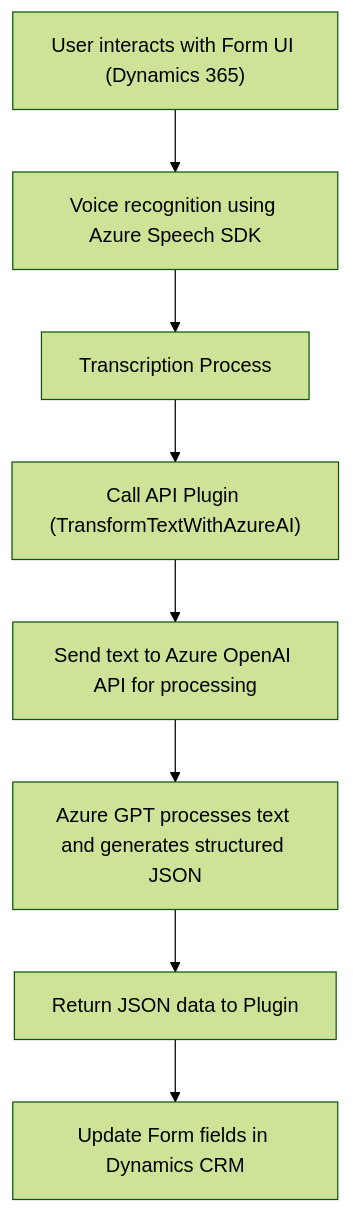
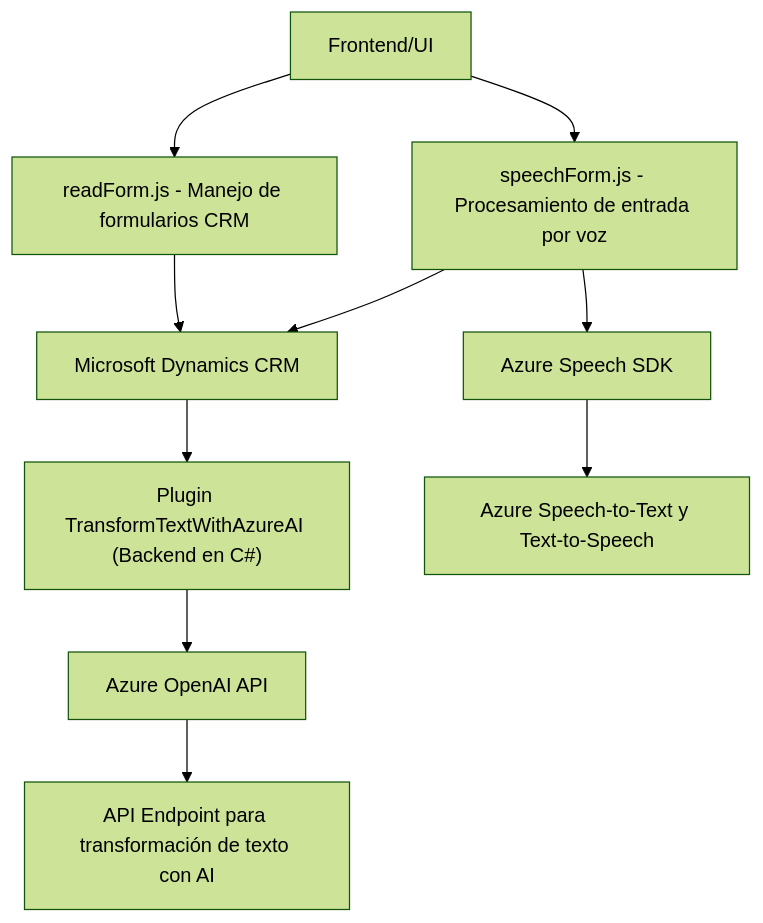
The diagram in README.md (blopezdm/NETCORE_BILBAO2025), drawn with Mermaid (forest theme) before and after one commit. The commit also changed other lines of this file, not shown here.

Commit message:
Actualizar análisis global de la solución con IA

````diff
--- a/README.md
+++ b/README.md
@@ -38,10 +54,24 @@
 ```mermaid
 graph TD
-    A["User interacts with Form UI (Dynamics 365)"] --> B["Voice recognition using Azure Speech SDK"]
-    B --> C["Transcription Process"]
-    C --> D["Call API Plugin (TransformTextWithAzureAI)"]
-    D --> E["Send text to Azure OpenAI API for processing"]
-    E --> F["Azure GPT processes text and generates structured JSON"]
-    F --> G["Return JSON data to Plugin"]
-    G --> H["Update Form fields in Dynamics CRM"]
+    A["Frontend/UI"]
+    B["readForm.js - Manejo de formularios CRM"]
+    C["speechForm.js - Procesamiento de entrada por voz"]
+    D["Plugin TransformTextWithAzureAI (Backend en C#)"]
+    E["Azure Speech SDK"]
+    F["Azure OpenAI API"]
+    G["Microsoft Dynamics CRM"]
+    H["Azure Speech-to-Text y Text-to-Speech"]
+    I["API Endpoint para transformación de texto con AI"]
+
+    A-->B
+    A-->C
+    
+    C-->E
+    E-->H
+    C-->G
+    B-->G
+    
+    D-->F
+    G-->D
+    F-->I
 ```
````
